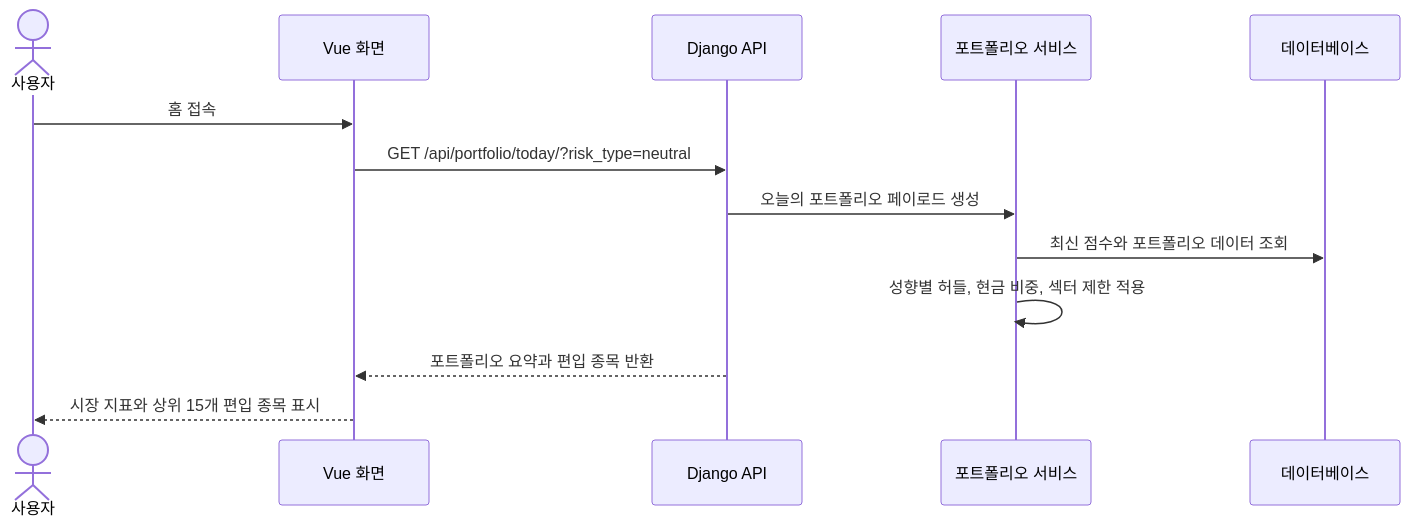
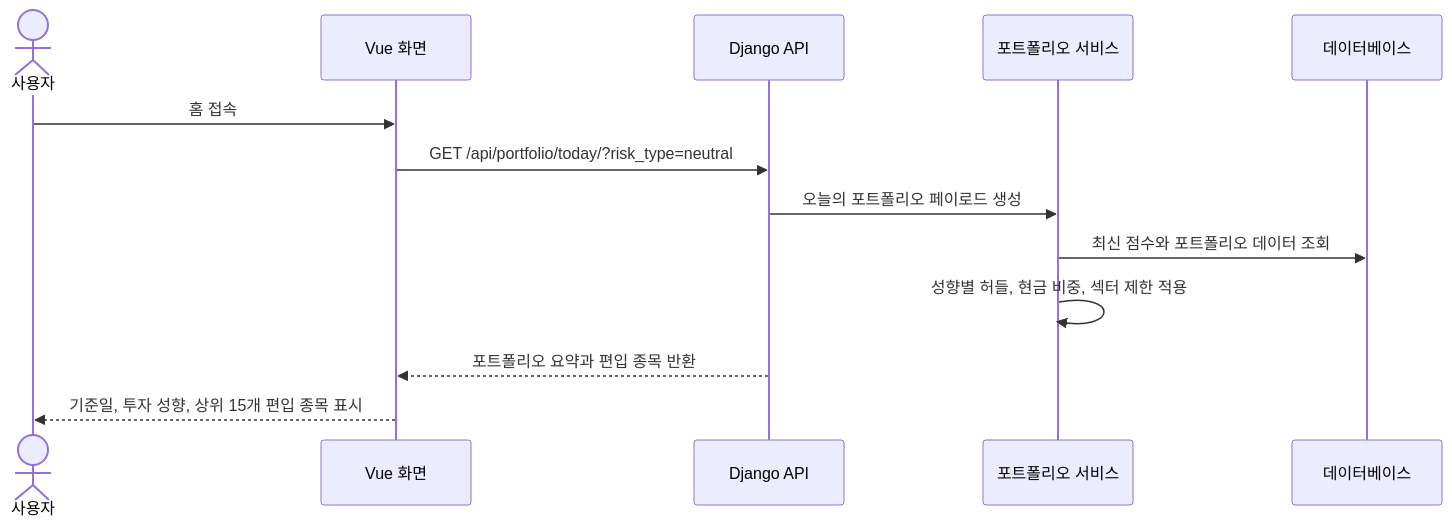
Before and after one commit to Janjonghwa/Alphapick: the third of 4 diagrams in docs/UML.md, drawn with Mermaid. The commit also changed 29 other files, not shown here.

````diff
--- a/docs/UML.md
+++ b/docs/UML.md
@@ -73,16 +73,16 @@
 ```mermaid
 sequenceDiagram
   actor User as 사용자
   participant Vue as Vue 화면
   participant API as Django API
   participant Service as 포트폴리오 서비스
   participant DB as 데이터베이스
 
   User->>Vue: 홈 접속
   Vue->>API: GET /api/portfolio/today/?risk_type=neutral
   API->>Service: 오늘의 포트폴리오 페이로드 생성
   Service->>DB: 최신 점수와 포트폴리오 데이터 조회
   Service->>Service: 성향별 허들, 현금 비중, 섹터 제한 적용
   API-->>Vue: 포트폴리오 요약과 편입 종목 반환
-  Vue-->>User: 시장 지표와 상위 15개 편입 종목 표시
+  Vue-->>User: 기준일, 투자 성향, 상위 15개 편입 종목 표시
 ```
````
